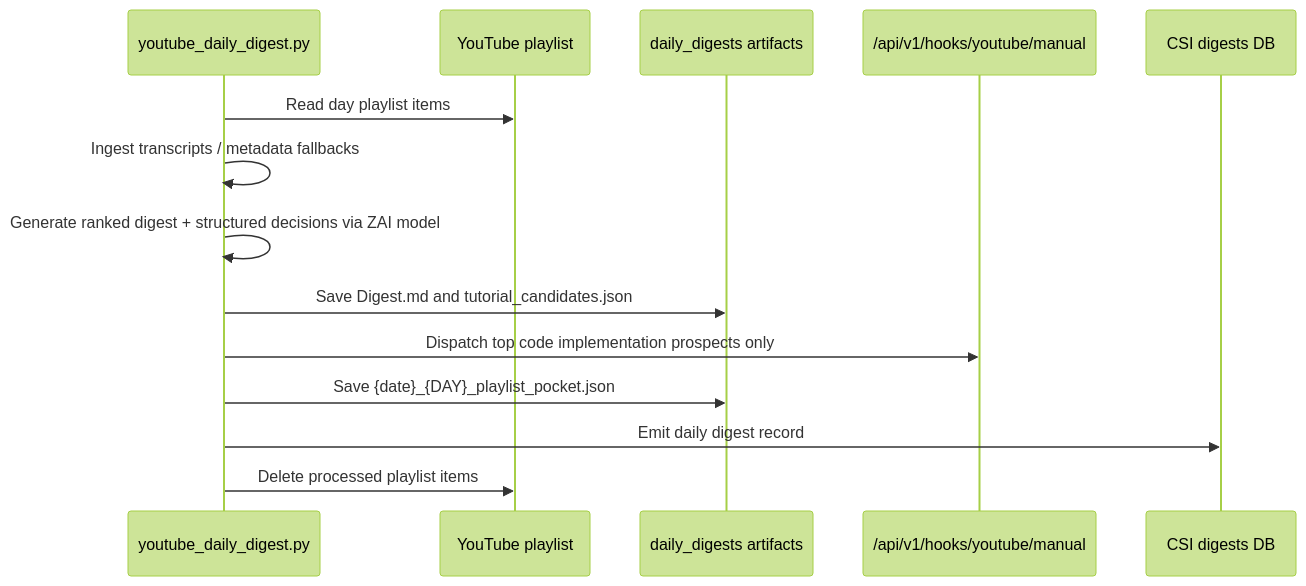
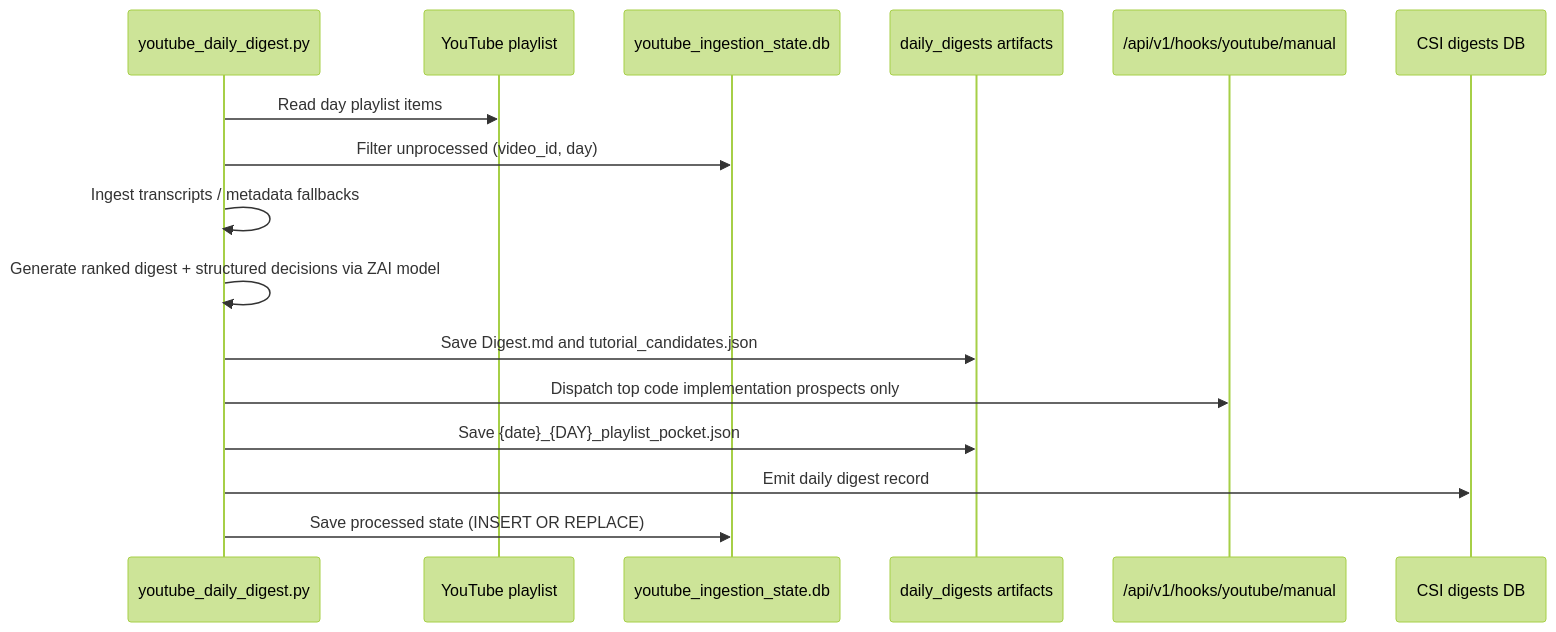
Before and after one commit to Kjdragan/universal_agent: the first of 2 diagrams in docs/03_Operations/99_Tutorial_Pipeline_Architecture_And_Operations.md, drawn with Mermaid (forest theme). The commit also changed other lines of this file and 2 other files, not shown here.

````diff
--- a/docs/03_Operations/99_Tutorial_Pipeline_Architecture_And_Operations.md
+++ b/docs/03_Operations/99_Tutorial_Pipeline_Architecture_And_Operations.md
@@ -37,17 +44,19 @@
 ```mermaid
 sequenceDiagram
     participant Cron as youtube_daily_digest.py
     participant YT as YouTube playlist
+    participant DB as youtube_ingestion_state.db
     participant FS as daily_digests artifacts
     participant Hooks as /api/v1/hooks/youtube/manual
     participant CSI as CSI digests DB
 
     Cron->>YT: Read day playlist items
+    Cron->>DB: Filter unprocessed (video_id, day)
     Cron->>Cron: Ingest transcripts / metadata fallbacks
     Cron->>Cron: Generate ranked digest + structured decisions via ZAI model
     Cron->>FS: Save Digest.md and tutorial_candidates.json
     Cron->>Hooks: Dispatch top code implementation prospects only
     Cron->>FS: Save {date}_{DAY}_playlist_pocket.json
     Cron->>CSI: Emit daily digest record
-    Cron->>YT: Delete processed playlist items
+    Cron->>DB: Save processed state (INSERT OR REPLACE)
 ```
````
